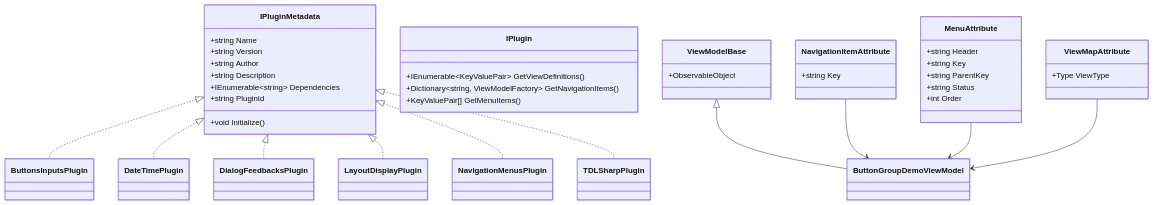
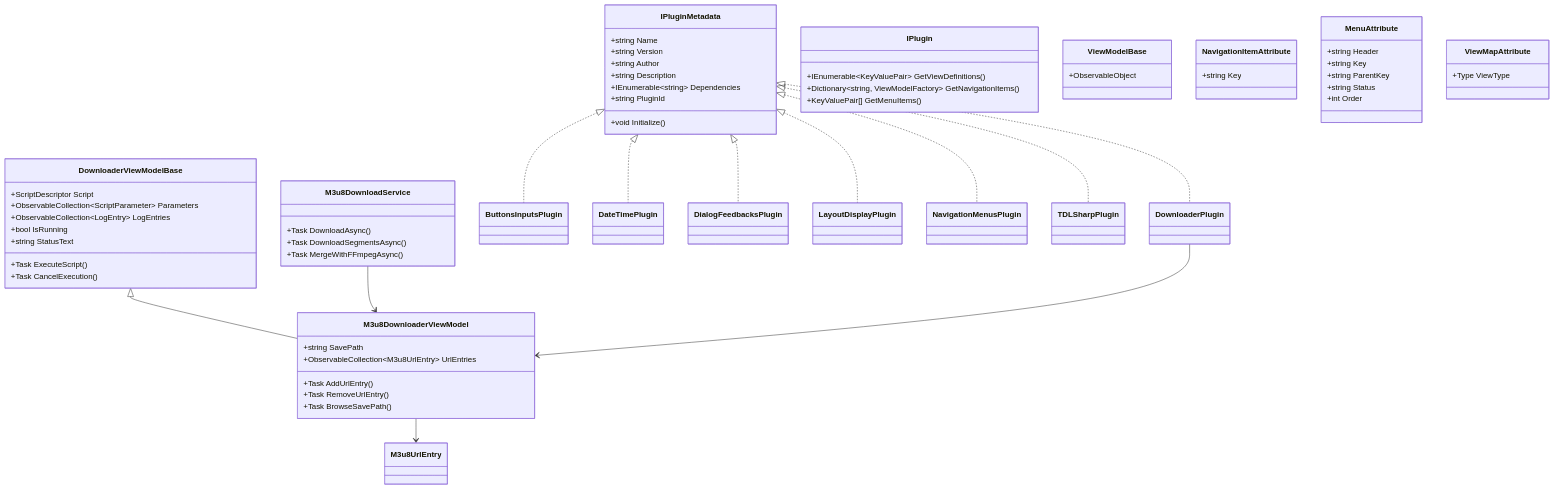
The second of 5 diagrams in .qoder/repowiki/zh/content/插件开发教程/完整插件开发示例/完整插件开发示例.md (lytree/AvaloniaTemplate), drawn with Mermaid before and after one commit. The commit also changed other lines of this file and 3 other files, not shown here.

````diff
--- a/.qoder/repowiki/zh/content/插件开发教程/完整插件开发示例/完整插件开发示例.md
+++ b/.qoder/repowiki/zh/content/插件开发教程/完整插件开发示例/完整插件开发示例.md
@@ -118,49 +143,72 @@
 ```mermaid
 classDiagram
 class IPluginMetadata {
 +string Name
 +string Version
 +string Author
 +string Description
 +IEnumerable~string~ Dependencies
 +string PluginId
 +void Initialize()
 }
 class IPlugin {
 +IEnumerable~KeyValuePair~ GetViewDefinitions()
 +Dictionary~string, ViewModelFactory~ GetNavigationItems()
 +KeyValuePair[] GetMenuItems()
 }
 class ViewModelBase {
 +ObservableObject
 }
 class NavigationItemAttribute {
 +string Key
 }
 class MenuAttribute {
 +string Header
 +string Key
 +string ParentKey
 +string Status
 +int Order
 }
 class ViewMapAttribute {
 +Type ViewType
 }
+class DownloaderViewModelBase {
++ScriptDescriptor Script
++ObservableCollection~ScriptParameter~ Parameters
++ObservableCollection~LogEntry~ LogEntries
++bool IsRunning
++string StatusText
++Task ExecuteScript()
++Task CancelExecution()
+}
+class M3u8DownloaderViewModel {
++string SavePath
++ObservableCollection~M3u8UrlEntry~ UrlEntries
++Task AddUrlEntry()
++Task RemoveUrlEntry()
++Task BrowseSavePath()
+}
+class M3u8DownloadService {
++Task DownloadAsync()
++Task DownloadSegmentsAsync()
++Task MergeWithFFmpegAsync()
+}
 class ButtonsInputsPlugin
 class DateTimePlugin
 class DialogFeedbacksPlugin
 class LayoutDisplayPlugin
 class NavigationMenusPlugin
 class TDLSharpPlugin
+class DownloaderPlugin
 IPluginMetadata <|.. ButtonsInputsPlugin
 IPluginMetadata <|.. DateTimePlugin
 IPluginMetadata <|.. DialogFeedbacksPlugin
 IPluginMetadata <|.. LayoutDisplayPlugin
 IPluginMetadata <|.. NavigationMenusPlugin
 IPluginMetadata <|.. TDLSharpPlugin
-ViewModelBase <|-- ButtonGroupDemoViewModel
-NavigationItemAttribute --> ButtonGroupDemoViewModel
-MenuAttribute --> ButtonGroupDemoViewModel
-ViewMapAttribute --> ButtonGroupDemoViewModel
+IPluginMetadata <|.. DownloaderPlugin
+DownloaderViewModelBase <|-- M3u8DownloaderViewModel
+M3u8DownloadService --> M3u8DownloaderViewModel
+M3u8DownloaderViewModel --> M3u8UrlEntry
+DownloaderPlugin --> M3u8DownloaderViewModel
 ```
````
